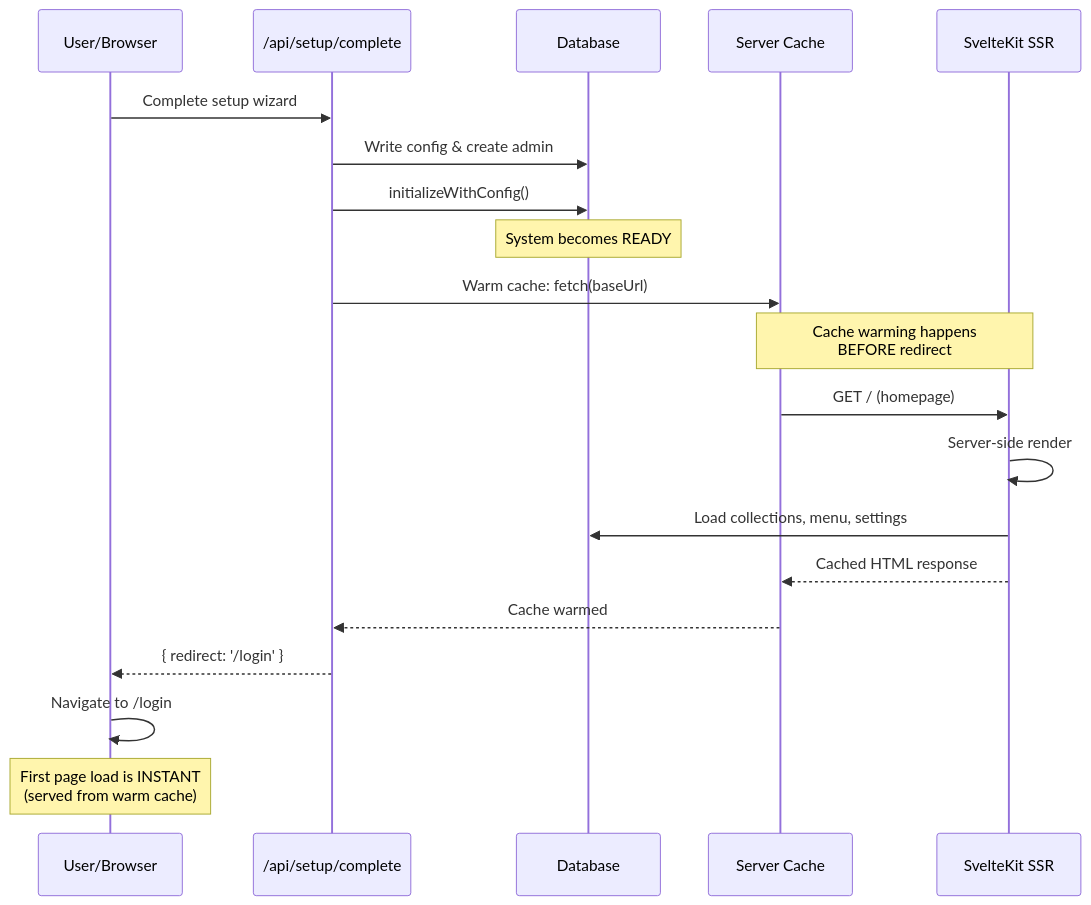
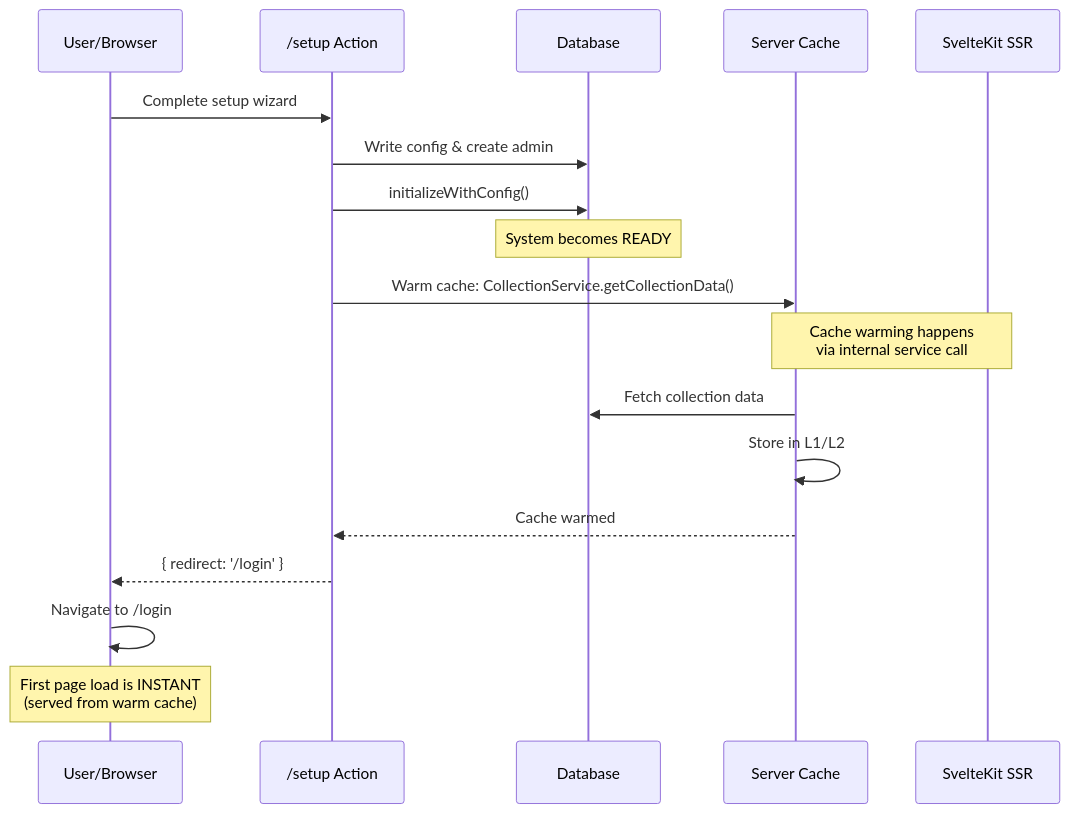
Before and after one commit to SveltyCMS/SveltyCMS: the diagram in docs/architecture/cache-system.mdx, drawn with Mermaid. The commit also changed other lines of this file and 90 other files, not shown here.

Commit message:
feat: refactor setup wizard to use SvelteKit Server Actions and detect redis-server, consolidating setup logic and enhancing type safety and performance.

````diff
--- a/docs/architecture/cache-system.mdx
+++ b/docs/architecture/cache-system.mdx
@@ -318,28 +318,26 @@
 ```mermaid
 sequenceDiagram
     participant User as User/Browser
-    participant Setup as /api/setup/complete
+    participant Setup as /setup Action
     participant DB as Database
     participant Cache as Server Cache
     participant SSR as SvelteKit SSR
 
     User->>Setup: Complete setup wizard
     Setup->>DB: Write config & create admin
     Setup->>DB: initializeWithConfig()
     Note over DB: System becomes READY
 
-    Setup->>Cache: Warm cache: fetch(baseUrl)
-    Note over Cache,SSR: Cache warming happens<br/>BEFORE redirect
+    Setup->>Cache: Warm cache: CollectionService.getCollectionData()
+    Note over Cache,SSR: Cache warming happens<br/>via internal service call
 
-    Cache->>SSR: GET / (homepage)
-    SSR->>SSR: Server-side render
-    SSR->>DB: Load collections, menu, settings
-    SSR-->>Cache: Cached HTML response
+    Cache->>DB: Fetch collection data
+    Cache->>Cache: Store in L1/L2
 
     Cache-->>Setup: Cache warmed
 
     Setup-->>User: { redirect: '/login' }
     User->>User: Navigate to /login
 
     Note over User: First page load is INSTANT<br/>(served from warm cache)
 ```
````
